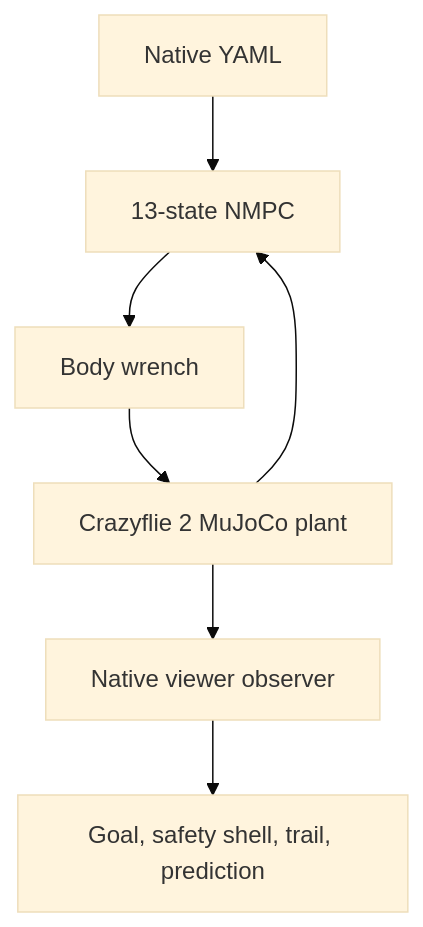
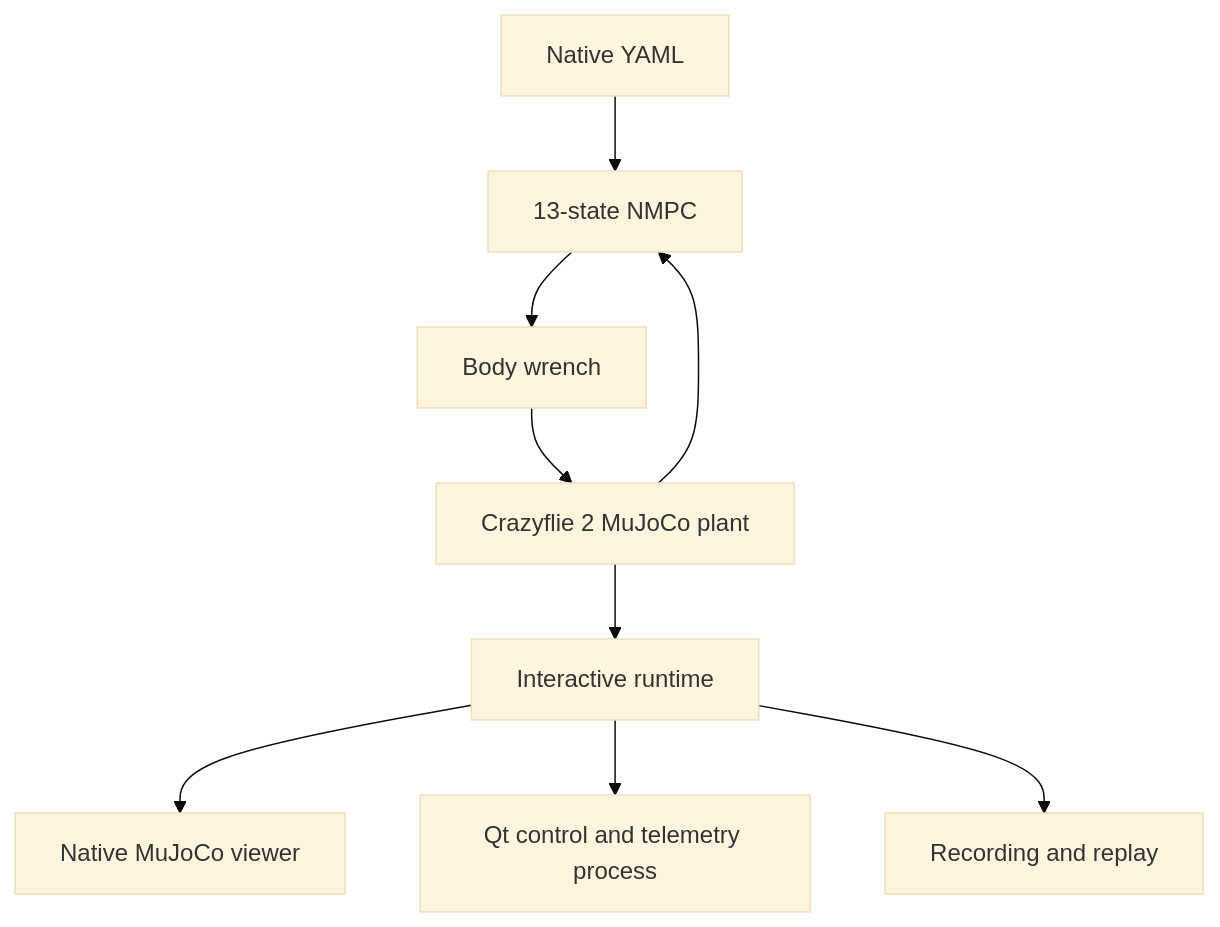
One commit to whoisLePhuc/quadrotor_mpc changed the diagram in 2.Code/docs/NATIVE_MUJOCO_VIEWER.md. Above: the diagram before and after it, drawn with Mermaid (base theme). The commit also changed other lines of this file and 18 other files, not shown here.

````diff
--- a/2.Code/docs/NATIVE_MUJOCO_VIEWER.md
+++ b/2.Code/docs/NATIVE_MUJOCO_VIEWER.md
@@ -37,9 +37,11 @@
 ```mermaid
 flowchart TD
     A["Native YAML"] --> B["13-state NMPC"]
     B --> C["Body wrench"]
     C --> D["Crazyflie 2 MuJoCo plant"]
     D --> B
-    D --> E["Native viewer observer"]
-    E --> F["Goal, safety shell, trail, prediction"]
+    D --> E["Interactive runtime"]
+    E --> F["Native MuJoCo viewer"]
+    E --> G["Qt control and telemetry process"]
+    E --> H["Recording and replay"]
 ```
````
